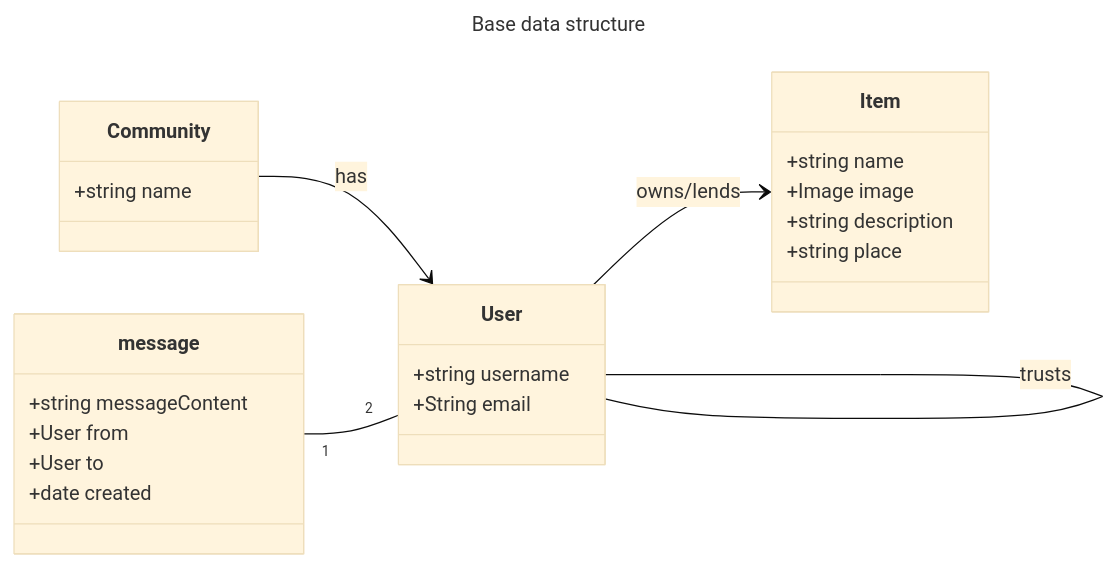
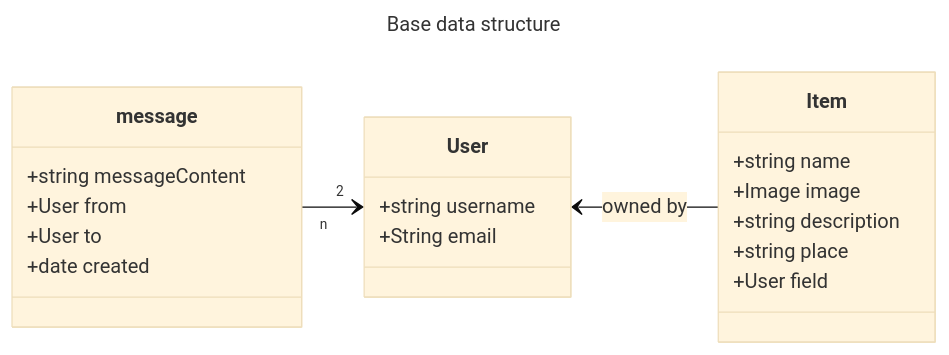
One commit to share-open-sharing-infrastructure/share-mvp changed the diagram in docs/domain-model.md. Above: the diagram before and after it, drawn with Mermaid (base theme). The commit also changed other lines of this file and 6 other files, not shown here.

````diff
--- a/docs/domain-model.md
+++ b/docs/domain-model.md
@@ -5,34 +5,29 @@
 ```mermaid
 ---
 title: Base data structure
 ---
 classDiagram
     direction LR
 
     class User{
         +string username
         +String email
     }
-    User -- User : trusts
 
     class Item{
         +string name
         +Image image
         +string description
         +string place
+        +User field <!-- this is currently misnamed, have to adapt in DB and then in code -->
     }
-    User --> Item : owns/lends
-
-    Community --> User : has
-    class Community{
-        +string name
-    }
+    User <-- Item : owned by
 
     class message{
         +string messageContent
         +User from
         +User to
         +date created
     }
-    message "1" -- "2" User
+    message "n" --> "2" User
 ```
````
